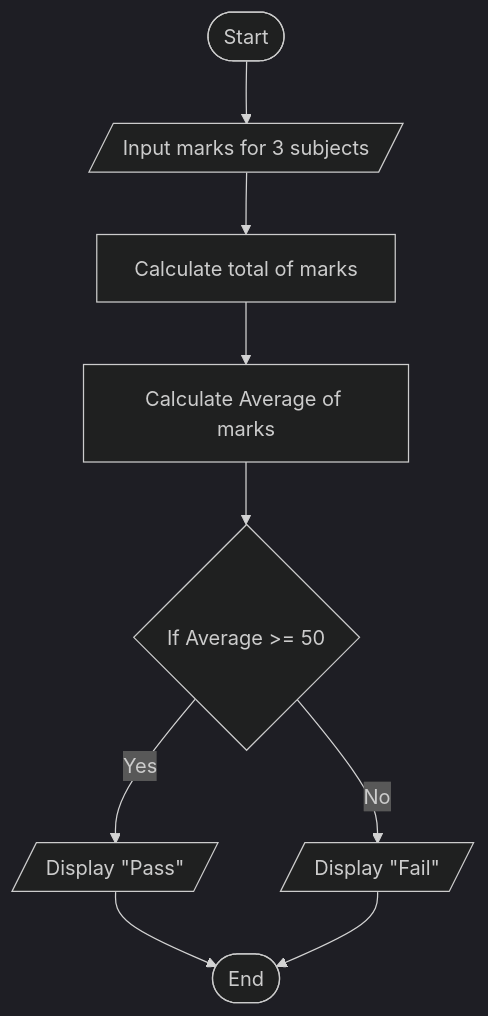
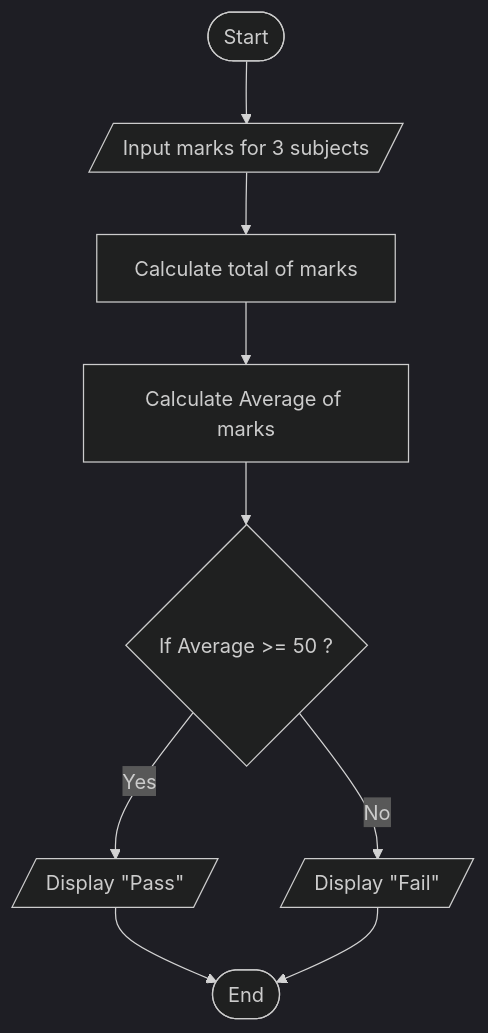
One commit to Padmaqaauto/Flowchart_and_Pseudocode changed the diagram in Algorithms/Pass_or_Fail.md. Above: the diagram before and after it, drawn with Mermaid (dark theme). The commit also changed 12 other files, not shown here.

````diff
--- a/Algorithms/Pass_or_Fail.md
+++ b/Algorithms/Pass_or_Fail.md
@@ -39,14 +39,14 @@
 ```mermaid
 
 flowchart TD
 
     A(["Start"]) --> B[/Input marks for 3 subjects/]
     B --> C["Calculate total of marks"]
     C --> D["Calculate Average of marks"]
-    D --> E{"If Average >= 50"}
+    D --> E{"If Average >= 50 ?"}
     E --> |Yes| F[/Display "Pass"/]
     E --> |No| G[/Display "Fail"/]
     F --> H(["End"])
     G --> H
 
 ```
````
